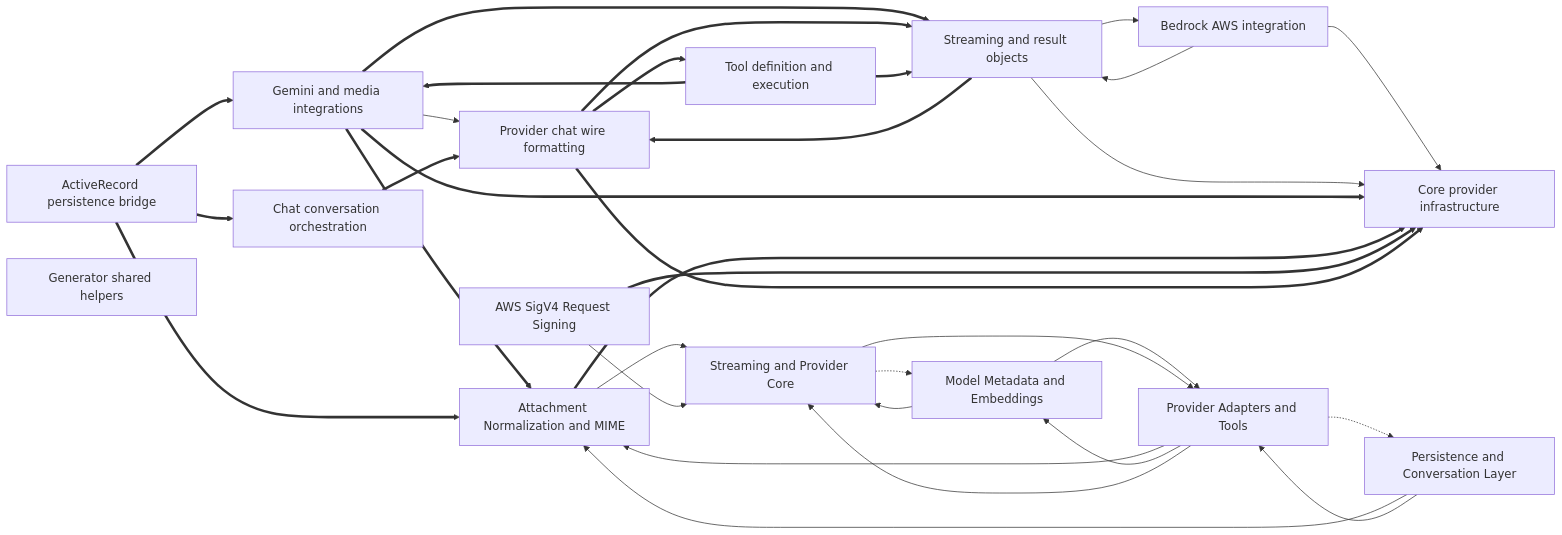
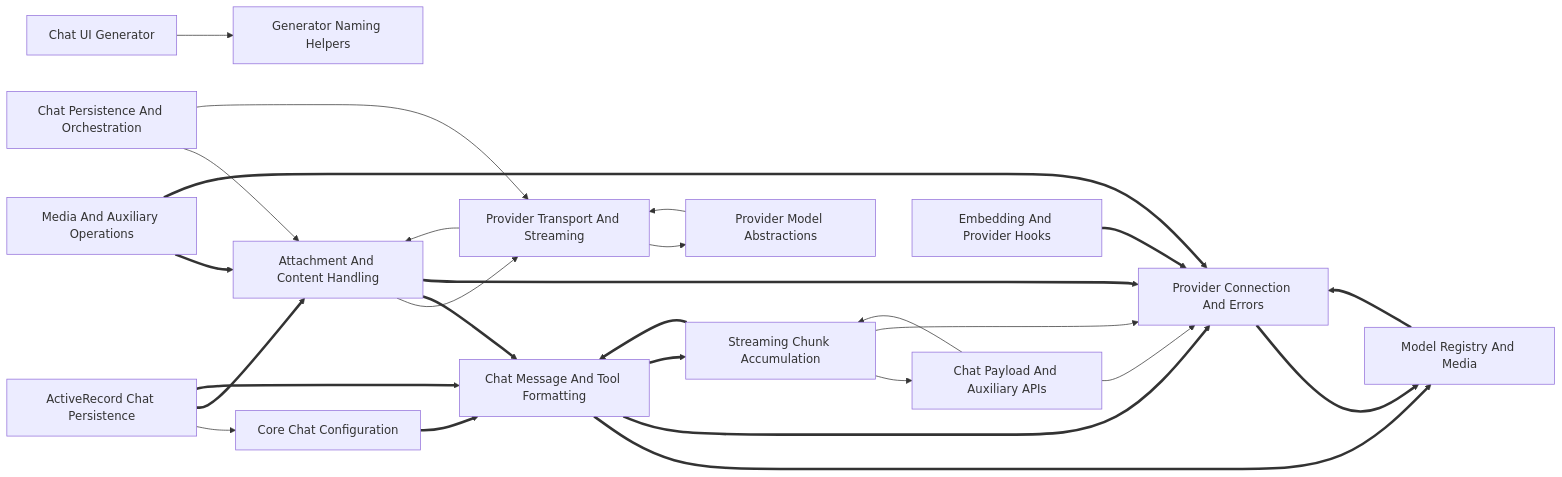
Before and after one commit to zlxdengtianhei/codebase-explorer: the diagram in examples/ruby_llm/docs/DEPENDENCIES.md, drawn with Mermaid. The commit also changed other lines of this file and 364 other files, not shown here.

````diff
--- a/examples/ruby_llm/docs/DEPENDENCIES.md
+++ b/examples/ruby_llm/docs/DEPENDENCIES.md
@@ -6,50 +6,44 @@
 ```mermaid
 flowchart LR
-  n0["Core provider infrastructure"]
-  n1["Gemini and media integrations"]
-  n2["Provider Adapters and Tools"]
-  n3["Streaming and result objects"]
-  n4["Attachment Normalization and MIME"]
-  n5["Provider chat wire formatting"]
-  n6["Streaming and Provider Core"]
-  n7["Tool definition and execution"]
-  n8["ActiveRecord persistence bridge"]
-  n9["Generator shared helpers"]
-  n10["Model Metadata and Embeddings"]
-  n11["Bedrock AWS integration"]
-  n12["Chat conversation orchestration"]
-  n13["Persistence and Conversation Layer"]
-  n14["AWS SigV4 Request Signing"]
-  n4 --> n6
-  n14 --> n6
-  n11 --> n0
-  n11 --> n3
-  n1 --> n5
-  n10 --> n2
-  n10 --> n6
-  n13 --> n4
-  n13 --> n2
-  n2 --> n4
-  n2 --> n10
-  n2 -.-> n13
-  n2 --> n6
-  n6 -.-> n10
-  n6 --> n2
-  n3 --> n11
-  n3 --> n0
-  n8 ==> n1
-  n7 ==> n1
-  n8 ==> n12
+  n0["Provider Connection And Errors"]
+  n1["Chat Message And Tool Formatting"]
+  n2["Attachment And Content Handling"]
+  n3["Provider Transport And Streaming"]
+  n4["Streaming Chunk Accumulation"]
+  n5["Generator Naming Helpers"]
+  n6["ActiveRecord Chat Persistence"]
+  n7["Chat Payload And Auxiliary APIs"]
+  n8["Model Registry And Media"]
+  n9["Chat Persistence And Orchestration"]
+  n10["Core Chat Configuration"]
+  n11["Media And Auxiliary Operations"]
+  n12["Provider Model Abstractions"]
+  n13["Chat UI Generator"]
+  n14["Embedding And Provider Hooks"]
+  n6 --> n10
+  n2 --> n3
+  n7 --> n0
+  n7 --> n4
+  n9 --> n2
+  n9 --> n3
+  n13 --> n5
+  n12 --> n3
+  n3 --> n2
+  n3 --> n12
+  n4 --> n7
+  n4 --> n0
+  n6 ==> n2
+  n4 ==> n1
+  n6 ==> n1
+  n14 ==> n0
+  n11 ==> n2
+  n11 ==> n0
+  n2 ==> n1
+  n2 ==> n0
+  n1 ==> n8
+  n1 ==> n0
   n1 ==> n4
-  n1 ==> n0
-  n1 ==> n3
-  n5 ==> n3
-  n8 ==> n4
-  n4 ==> n0
-  n14 ==> n0
-  n12 ==> n5
-  n5 ==> n0
-  n5 ==> n7
-  n3 ==> n5
-  n7 ==> n3
+  n10 ==> n1
+  n8 ==> n0
+  n0 ==> n8
 ```
````
